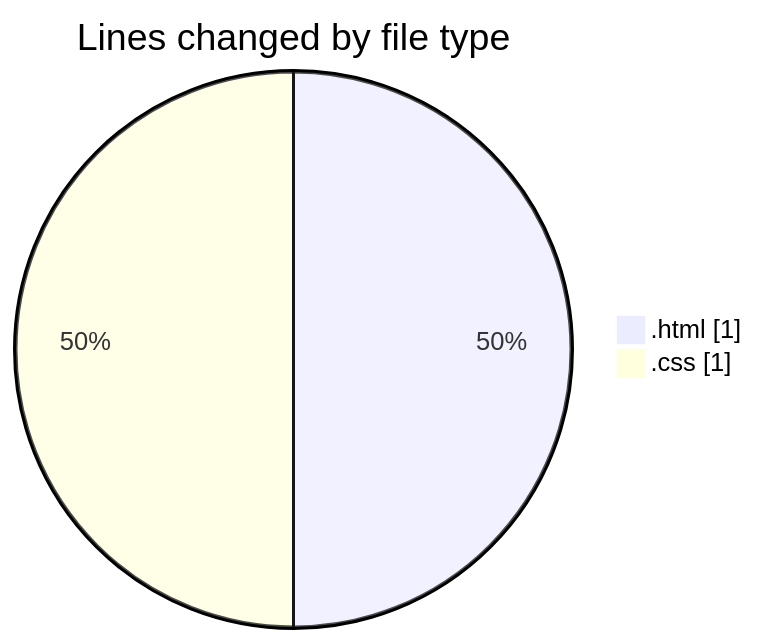
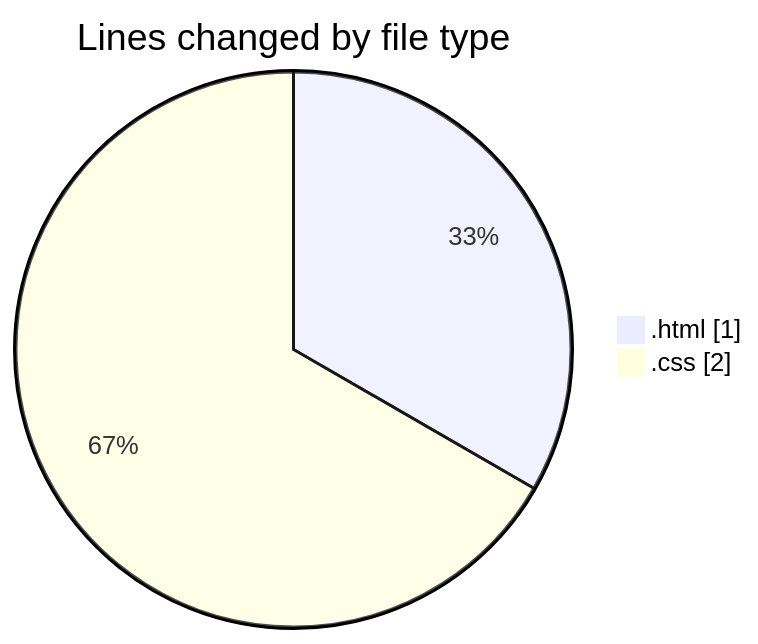
One commit to IJAZ3593/code-tracking changed the first of 2 diagrams in 2025-09-02/cheat_1/README.md. Above: the diagram before and after it, drawn with Mermaid. The commit also changed other lines of this file and 1 other file, not shown here.

````diff
--- a/2025-09-02/cheat_1/README.md
+++ b/2025-09-02/cheat_1/README.md
@@ -21,6 +21,6 @@
 ```mermaid
 pie showData
 title Lines changed by file type
 ".html" : 1
-".css" : 1
+".css" : 2
 ```
````
